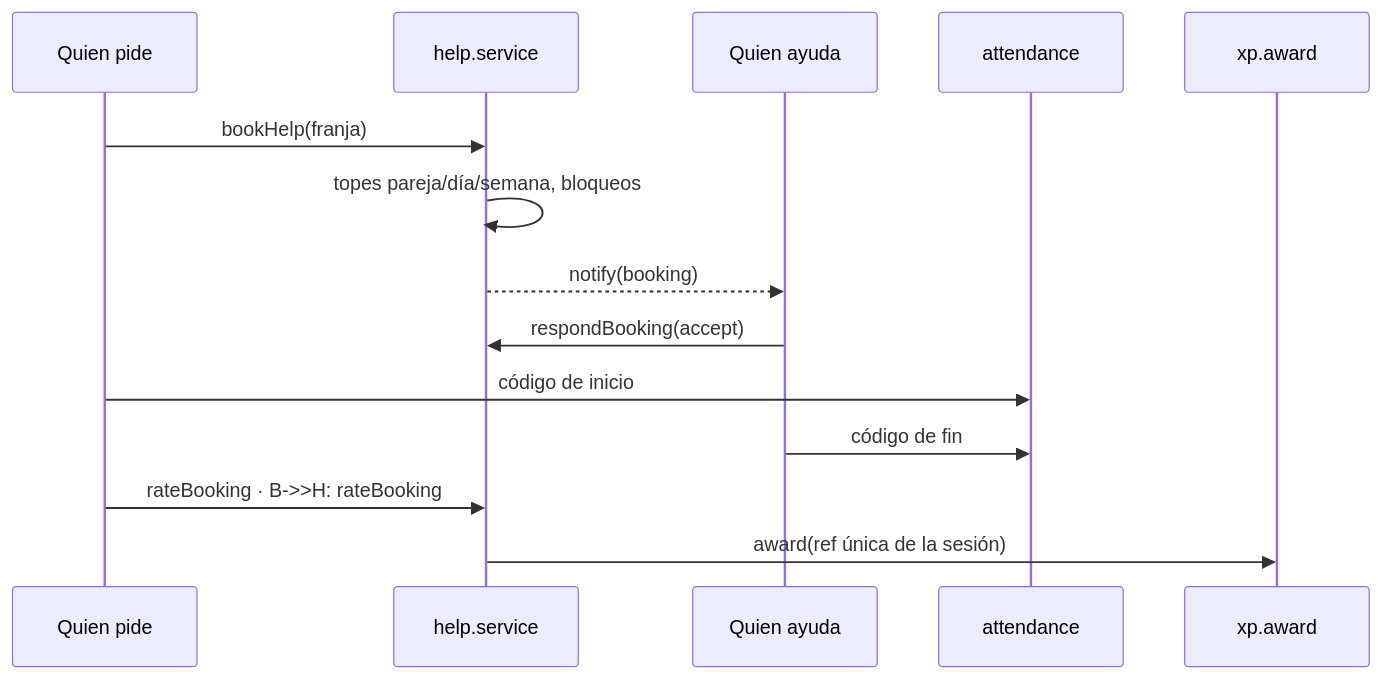
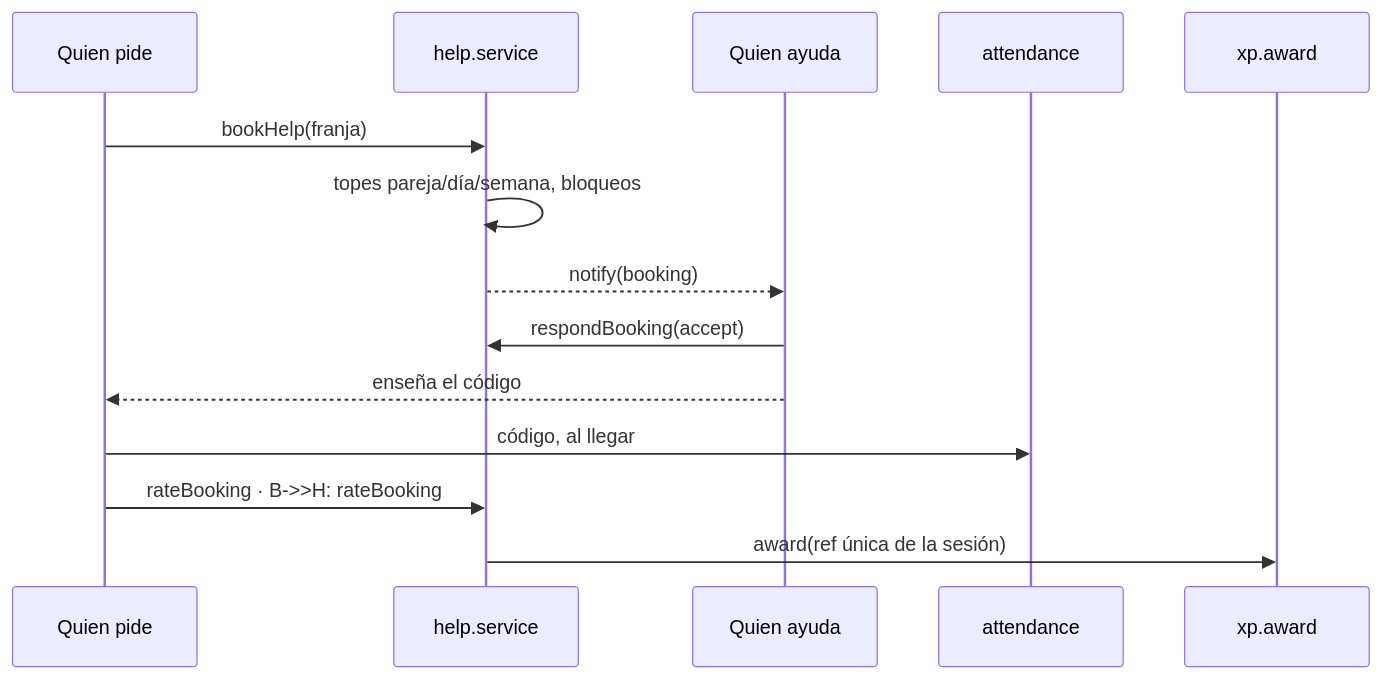
Before and after one commit to ALRO-GM/sanatorio-42: the tenth of 24 diagrams in docs/componentes.md, drawn with Mermaid. The commit also changed other lines of this file and 35 other files, not shown here.

First line of the commit message:
Asistencia: un solo código al llegar, y no se apunta nadie a una pizarra empezada

````diff
--- a/docs/componentes.md
+++ b/docs/componentes.md
@@ -587,16 +587,16 @@
 ```mermaid
 sequenceDiagram
   participant A as Quien pide
   participant H as help.service
   participant B as Quien ayuda
   participant AT as attendance
   participant X as xp.award
   A->>H: bookHelp(franja)
   H->>H: topes pareja/día/semana, bloqueos
   H-->>B: notify(booking)
   B->>H: respondBooking(accept)
-  A->>AT: código de inicio
-  B->>AT: código de fin
+  B-->>A: enseña el código
+  A->>AT: código, al llegar
   A->>H: rateBooking · B->>H: rateBooking
   H->>X: award(ref única de la sesión)
 ```
````
